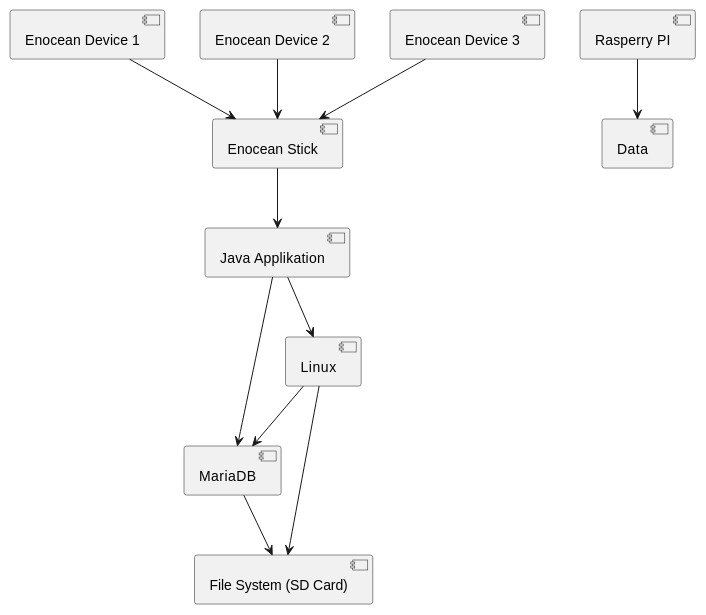
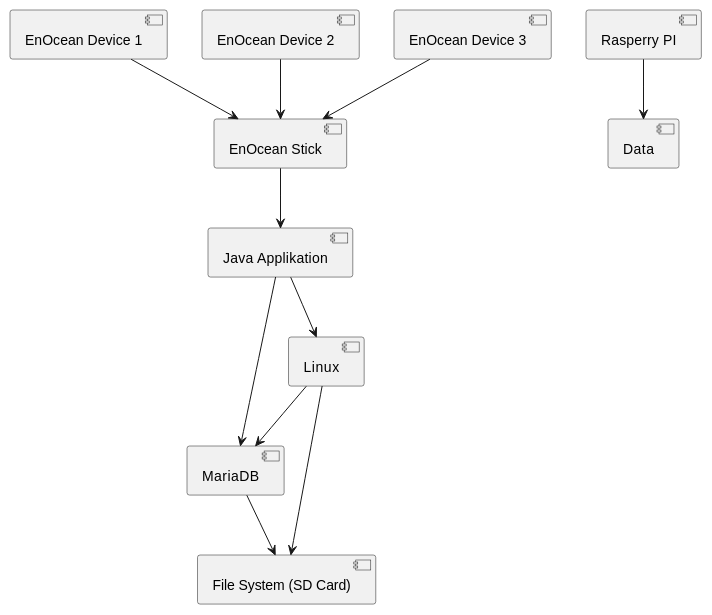
Before and after one commit to Gr33nOpo55um/EnOcean: the third of 3 diagrams in documentation/abgabe_projektmanagement.md, drawn with PlantUML. The commit also changed other lines of this file and 1 other file, not shown here.

````diff
--- a/documentation/abgabe_projektmanagement.md
+++ b/documentation/abgabe_projektmanagement.md
@@ -257,19 +267,19 @@
 ```{puml}
 @startuml
 
-[Enocean Device 1] --> [Enocean Stick]
-[Enocean Device 2] --> [Enocean Stick]
-[Enocean Device 3] --> [Enocean Stick]
+[EnOcean Device 1] --> [EnOcean Stick]
+[EnOcean Device 2] --> [EnOcean Stick]
+[EnOcean Device 3] --> [EnOcean Stick]
 
 
-[Enocean Stick] --> [Java Applikation]
+[EnOcean Stick] --> [Java Applikation]
 
 [Java Applikation] --> [MariaDB]
 [Java Applikation] --> [Linux]
 [Linux] --> [MariaDB]
 [Linux] --> [File System (SD Card)]
 [MariaDB] --> [File System (SD Card)]
 [Rasperry PI] --> [Data]
 
 @enduml
 ```
````
